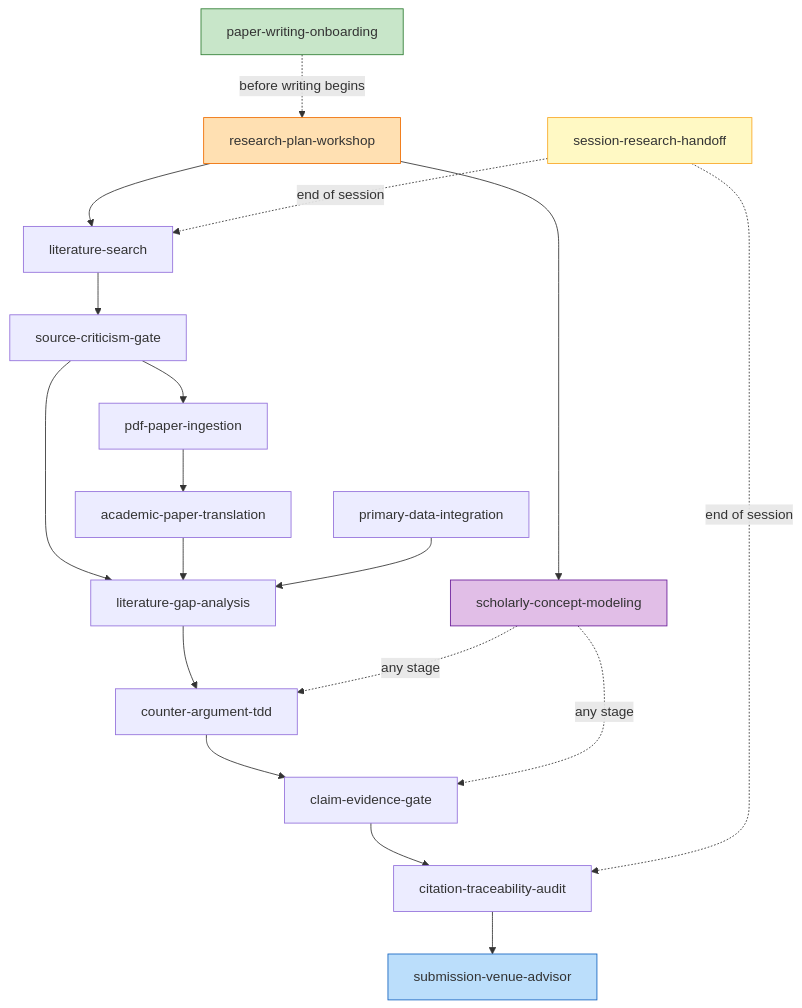
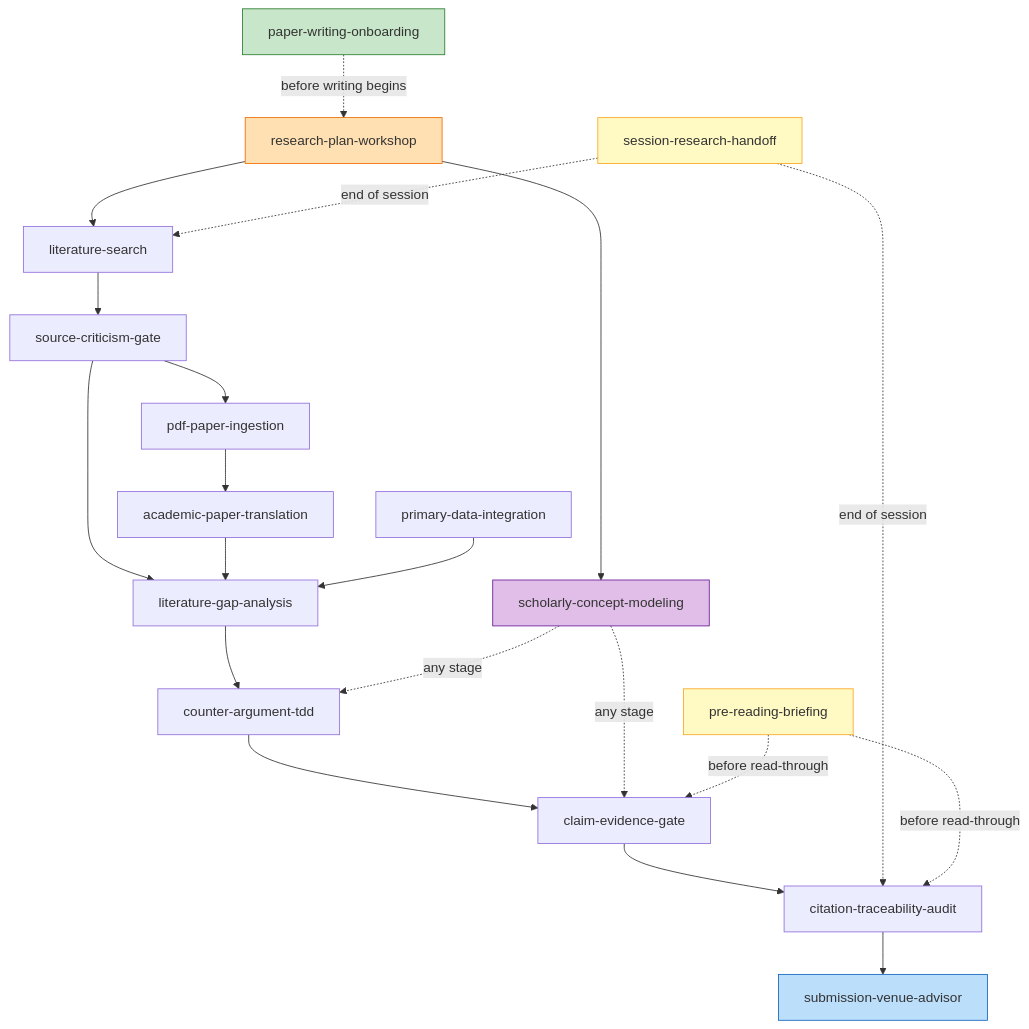
One commit to hideshi/scholarly-agent-skills changed the diagram in skills/en/README.md. Above: the diagram before and after it, drawn with Mermaid. The commit also changed other lines of this file and 7 other files, not shown here.

First line of the commit message:
feat(skills): add pre-reading-briefing skill (v1.5.0)

````diff
--- a/skills/en/README.md
+++ b/skills/en/README.md
@@ -32,27 +33,30 @@
 ```mermaid
 graph TD
     K[paper-writing-onboarding] -.->|before writing begins| RP
     RP[research-plan-workshop] --> A
     RP --> F
     A[literature-search] --> SC[source-criticism-gate]
     SC --> B[pdf-paper-ingestion]
     B --> C[academic-paper-translation]
     SC --> E[literature-gap-analysis]
     C --> E
     D[primary-data-integration] --> E
     E --> G[counter-argument-tdd]
     G --> H[claim-evidence-gate]
     H --> I[citation-traceability-audit]
     I --> L[submission-venue-advisor]
 
     F[scholarly-concept-modeling] -.->|any stage| G
     F -.->|any stage| H
     J[session-research-handoff] -.->|end of session| A
     J -.->|end of session| I
+    PR[pre-reading-briefing] -.->|before read-through| H
+    PR -.->|before read-through| I
 
     style K fill:#c8e6c9,stroke:#2e7d32
     style RP fill:#ffe0b2,stroke:#ef6c00
     style F fill:#e1bee7,stroke:#6a1b9a
     style J fill:#fff9c4,stroke:#f9a825
+    style PR fill:#fff9c4,stroke:#f9a825
     style L fill:#bbdefb,stroke:#1565c0
 ```
````
